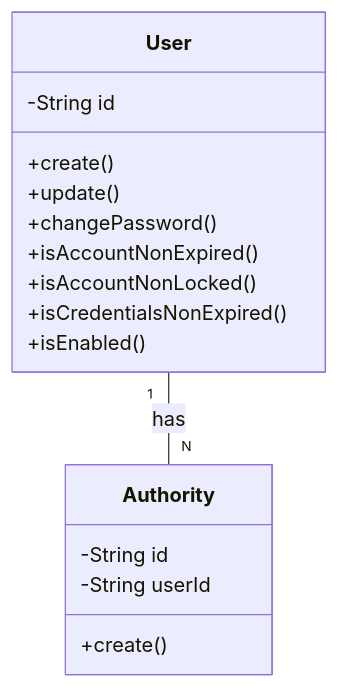
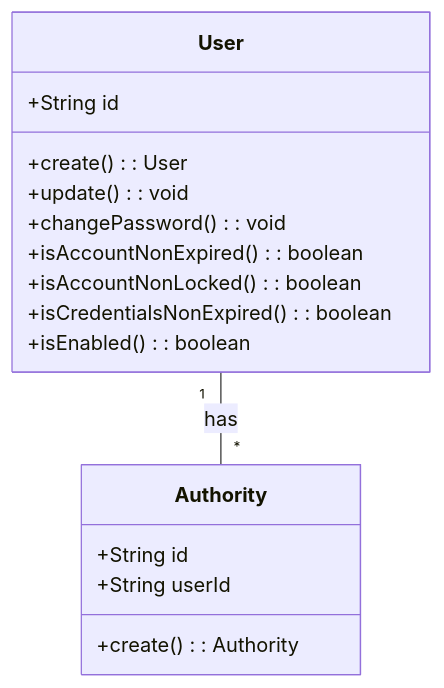
The first of 2 diagrams in user/README.md (KalGookSoo/springboot-msa), drawn with Mermaid before and after one commit. The commit also changed other lines of this file, not shown here.

Commit message:
docs: README.md 수정 ERD 항목 추가, 클래스 다이어그램 수정

````diff
--- a/user/README.md
+++ b/user/README.md
@@ -24,19 +26,19 @@
 ```mermaid
 classDiagram
     class User {
-        -String id
-        +create()
-        +update()
-        +changePassword()
-        +isAccountNonExpired()
-        +isAccountNonLocked()
-        +isCredentialsNonExpired()
-        +isEnabled()
+        +String id
+        +create(): User
+        +update(): void
+        +changePassword(): void
+        +isAccountNonExpired(): boolean
+        +isAccountNonLocked(): boolean
+        +isCredentialsNonExpired(): boolean
+        +isEnabled(): boolean
     }
     class Authority {
-        -String id
-        -String userId
-        +create()
+        +String id
+        +String userId
+        +create(): Authority
     }
-    User "1" -- "N" Authority : has
+    User "1" -- "*" Authority: has
 ```
````
